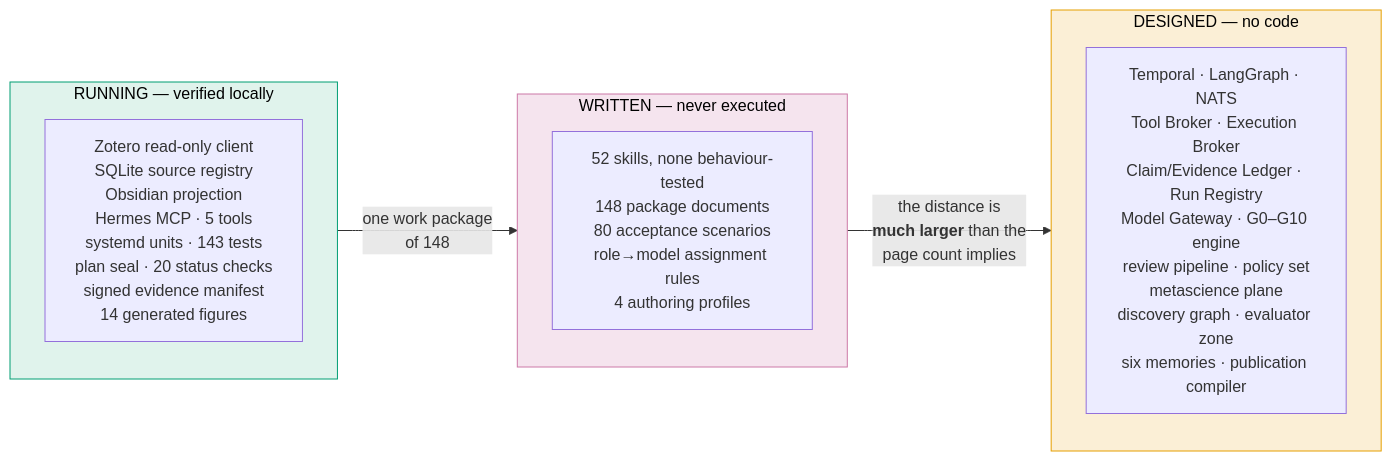
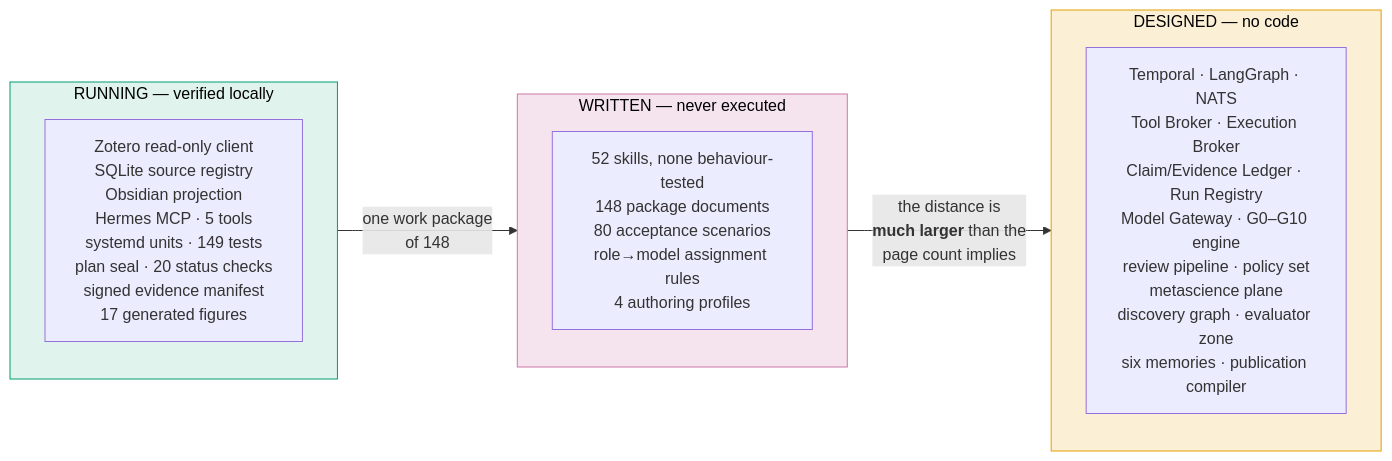
One commit to furkanhanilci/AETHRION changed diagram 23 of 24 in docs/architecture/AETHRION_ARCHITECTURE.md. Above: the diagram before and after it, drawn with Mermaid. The commit also changed other lines of this file and 55 other files, not shown here.

````diff
--- a/docs/architecture/AETHRION_ARCHITECTURE.md
+++ b/docs/architecture/AETHRION_ARCHITECTURE.md
@@ -976,17 +981,17 @@
 ```mermaid
 flowchart LR
     subgraph WORKING["RUNNING — verified locally"]
-        W["Zotero read-only client<br/>SQLite source registry<br/>Obsidian projection<br/>Hermes MCP · 5 tools<br/>systemd units · 143 tests<br/>plan seal · 20 status checks<br/>signed evidence manifest<br/>14 generated figures"]
+        W["Zotero read-only client<br/>SQLite source registry<br/>Obsidian projection<br/>Hermes MCP · 5 tools<br/>systemd units · 149 tests<br/>plan seal · 20 status checks<br/>signed evidence manifest<br/>17 generated figures"]
     end
     subgraph WRITTEN["WRITTEN — never executed"]
         S["52 skills, none behaviour-tested<br/>148 package documents<br/>80 acceptance scenarios<br/>role→model assignment rules<br/>4 authoring profiles"]
     end
     subgraph DESIGNED["DESIGNED — no code"]
         D["Temporal · LangGraph · NATS<br/>Tool Broker · Execution Broker<br/>Claim/Evidence Ledger · Run Registry<br/>Model Gateway · G0–G10 engine<br/>review pipeline · policy set<br/>metascience plane<br/>discovery graph · evaluator zone<br/>six memories · publication compiler"]
     end
     WORKING -->|"one work package<br/>of 148"| WRITTEN
     WRITTEN -->|"the distance is<br/><b>much larger</b> than the<br/>page count implies"| DESIGNED
     style WORKING fill:#E0F3EC,stroke:#009E73,color:#000
     style WRITTEN fill:#F5E4EE,stroke:#CC79A7,color:#000
     style DESIGNED fill:#FBEFD6,stroke:#E69F00,color:#000
 ```
````
